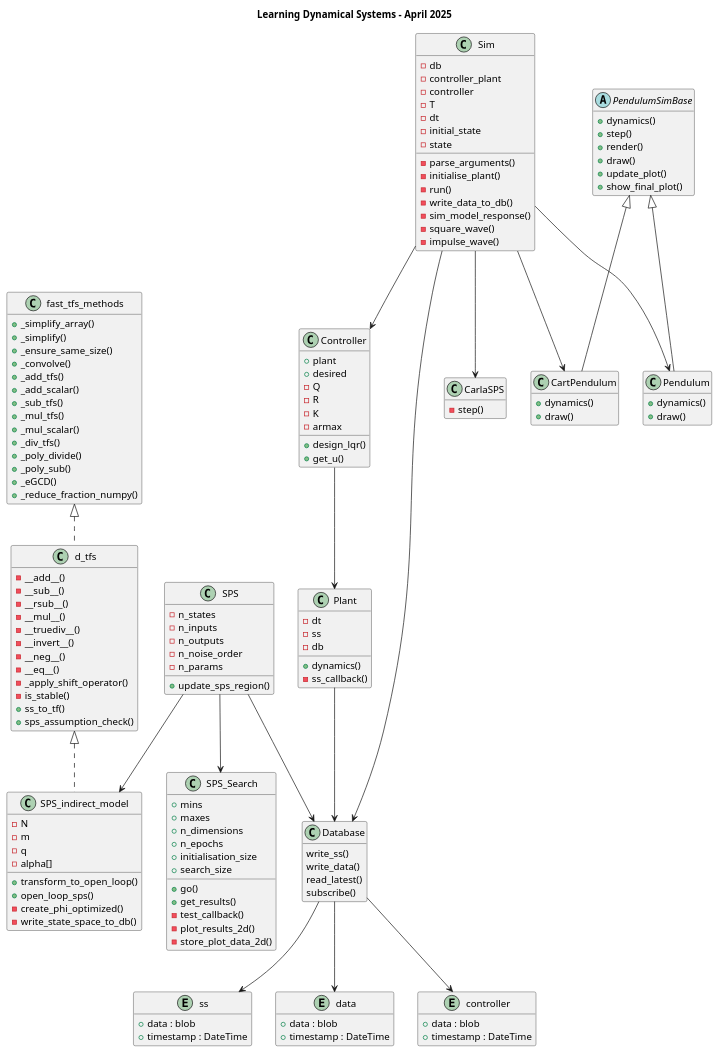
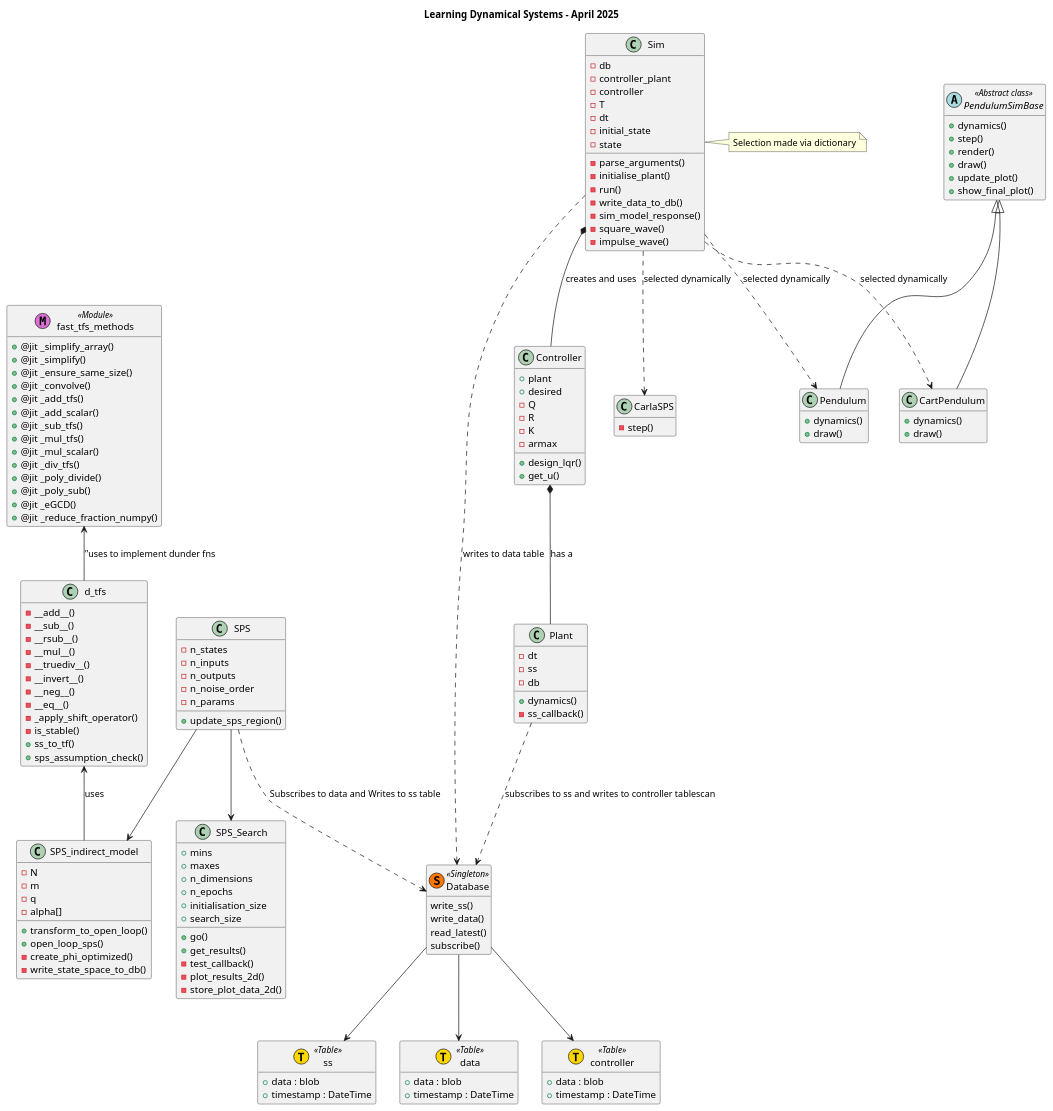
Before and after one commit to Muckthebuck/Learning-Dynamic-Systems: the diagram in class_diagram.plantuml, drawn with PlantUML.

Commit message:
updated the plant uml diagram

```diff
--- a/class_diagram.plantuml
+++ b/class_diagram.plantuml
@@ -1,7 +1,26 @@
-@startuml class_diagram
+@startuml
 title Learning Dynamical Systems - April 2025
 ' SPS '
-class d_tfs implements fast_tfs_methods {
+
+class fast_tfs_methods << (M,orchid) Module >> {
+    + @jit _simplify_array()
+    + @jit _simplify()
+    + @jit _ensure_same_size()
+    + @jit _convolve()
+    + @jit _add_tfs()
+    + @jit _add_scalar()
+    + @jit _sub_tfs()
+    + @jit _mul_tfs()
+    + @jit _mul_scalar()
+    + @jit _div_tfs()
+    + @jit _poly_divide()
+    + @jit _poly_sub()
+    + @jit _eGCD()
+    + @jit _reduce_fraction_numpy()
+}
+
+' Representing the main class '
+class d_tfs {
     - __add__()
     - __sub__()
     - __rsub__()
@@ -16,26 +35,7 @@
     + sps_assumption_check()
 }
 
-class fast_tfs_methods {
-    + _simplify_array()
-    + _simplify()
-    + _ensure_same_size()
-    + _convolve()
-    + _add_tfs()
-    + _add_scalar()
-    + _sub_tfs()
-    + _mul_tfs()
-    + _mul_scalar()
-    + _div_tfs()
-    + _poly_divide()
-    + _poly_sub()
-    + _eGCD()
-    + _reduce_fraction_numpy()
-
-}
-
-
-class SPS_indirect_model implements d_tfs {
+class SPS_indirect_model{
     - N
     - m
     - q
@@ -47,6 +47,9 @@
     - write_state_space_to_db()
 }
 
+d_tfs -up-> fast_tfs_methods : "uses to implement dunder fns
+SPS_indirect_model -up-> d_tfs : "uses"
+
 class SPS {
     - n_states
     - n_inputs
@@ -56,7 +59,7 @@
     + update_sps_region()
 }
 
-SPS --> Database
+SPS ..> Database : "Subscribes to data and Writes to ss table"
 SPS --> SPS_indirect_model
 SPS --> SPS_Search
 
@@ -116,8 +119,9 @@
     - step()
 }
 
-Controller --> Plant
-Plant --> Database
+Controller *-- Plant : "has a"
+Plant ..> Database : "subscribes to ss and writes to controller tablescan"
+
 ' Simulation '
 
 class Sim {
@@ -138,13 +142,18 @@
     - impulse_wave()
 }
 
-Sim --> CartPendulum
-Sim --> Pendulum
-Sim --> Controller
-Sim --> Database
-Sim --> CarlaSPS
+Sim ..> CarlaSPS : "selected dynamically"
+Sim ..> Pendulum : "selected dynamically"
+Sim ..> CartPendulum : "selected dynamically"
 
-abstract class PendulumSimBase {
+note right of Sim
+  Selection made via dictionary
+end note
+
+Sim ..> Database : "writes to data table"
+Sim *-- Controller : "creates and uses"
+
+abstract class PendulumSimBase <<Abstract class>> {
     + dynamics()
     + step()
     + render()
@@ -166,23 +175,23 @@
 
 
 ' database classes '
-class Database {
+class Database  << (S,#FF7700) Singleton >> {
     {method} write_ss()
     {method} write_data()
     {method} read_latest()
     {method} subscribe()
 }
 
-entity ss {
+class ss  << (T,gold) Table >> {
     + data : blob
     + timestamp : DateTime
 }
-entity data {
+class data << (T,gold) Table >> {
     + data : blob
     + timestamp : DateTime
 }
 
-entity controller {
+class controller << (T,gold) Table >> {
     + data : blob
     + timestamp : DateTime
 
```
